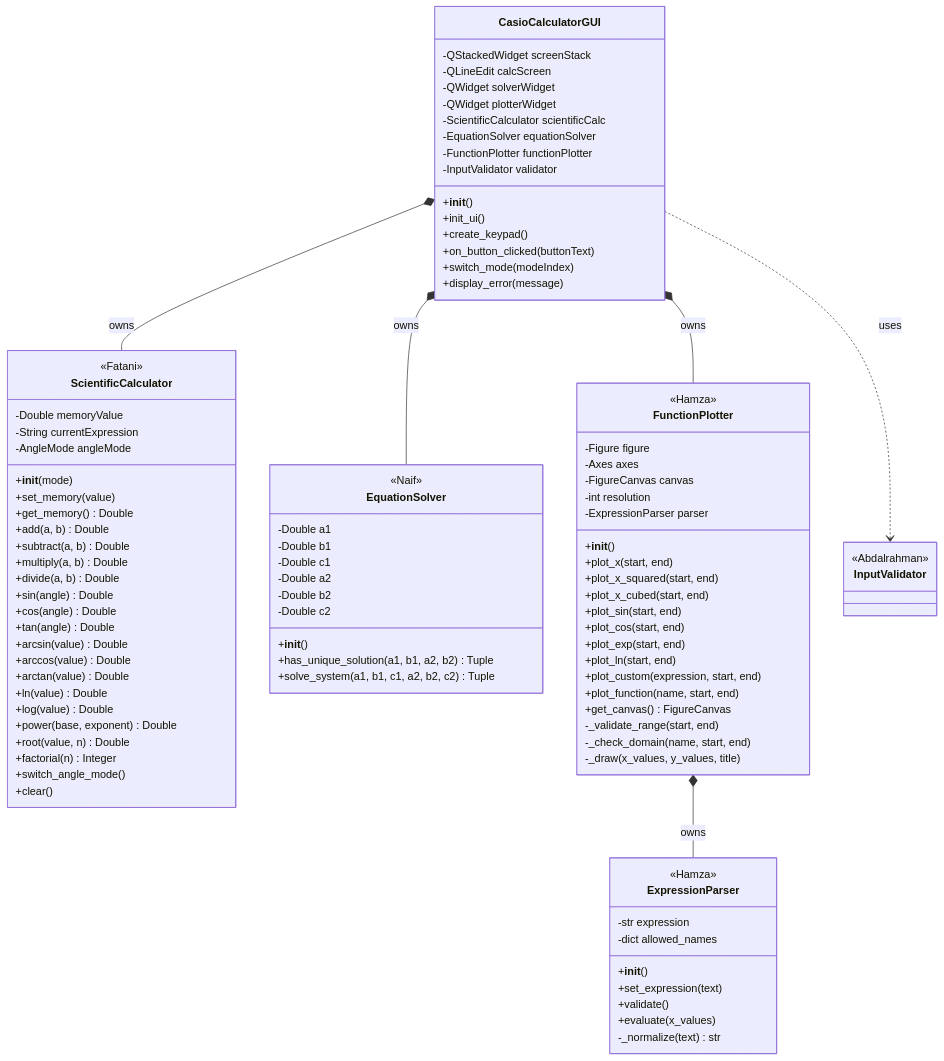
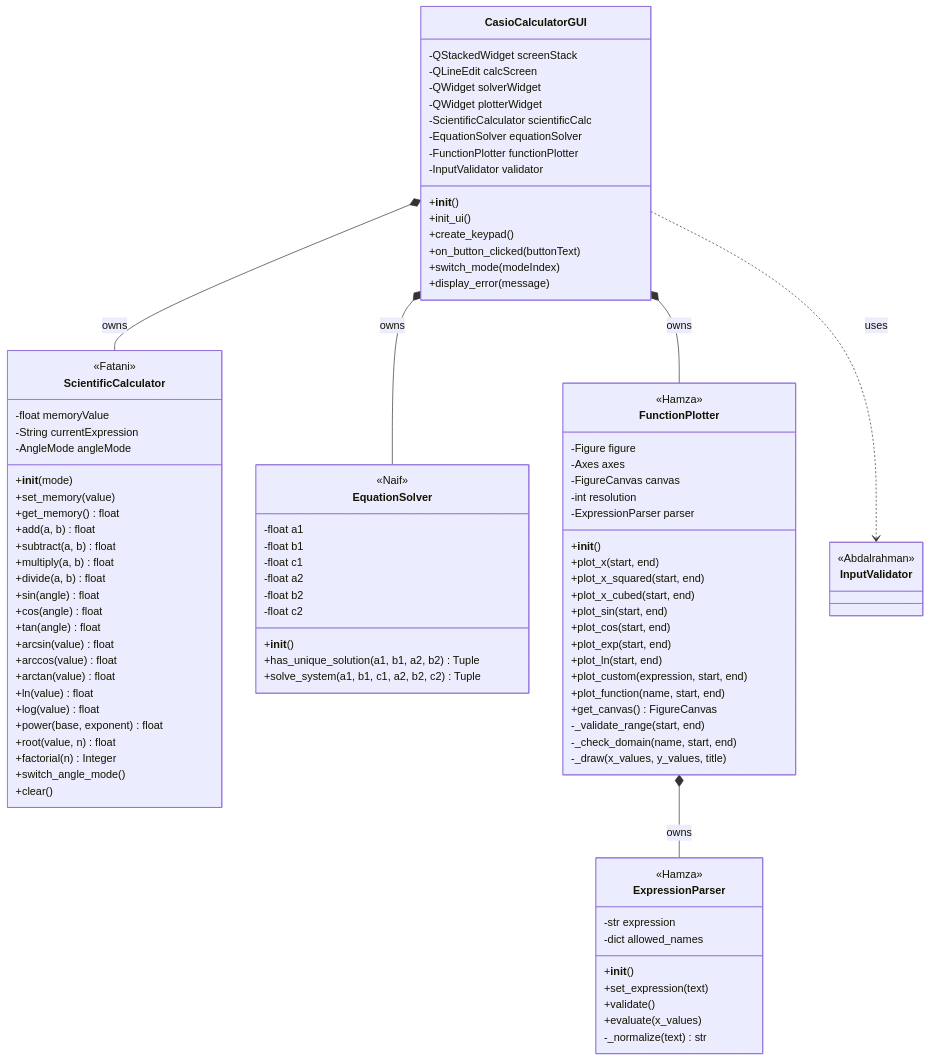
One commit to KAU-EE202-Projects/Scientific-Calculator changed the diagram in docs/UML_v1.md. Above: the diagram before and after it, drawn with Mermaid.

Commit message:
Update data types in ScientificCalculator and EquationSolver
Changed data types from Double to float for memoryValue in ScientificCalculator and coefficients in EquationSolver.

```diff
--- a/docs/UML_v1.md
+++ b/docs/UML_v1.md
@@ -26,26 +26,26 @@
 
 class ScientificCalculator {
     <<Fatani>>
-    -Double memoryValue
+    -float memoryValue
     -String currentExpression
     -AngleMode angleMode
     +__init__(mode)
     +set_memory(value)
-    +get_memory() Double
-    +add(a, b) Double
-    +subtract(a, b) Double
-    +multiply(a, b) Double
-    +divide(a, b) Double
-    +sin(angle) Double
-    +cos(angle) Double
-    +tan(angle) Double
-    +arcsin(value) Double
-    +arccos(value) Double
-    +arctan(value) Double
-    +ln(value) Double
-    +log(value) Double
-    +power(base, exponent) Double
-    +root(value, n) Double
+    +get_memory() float
+    +add(a, b) float
+    +subtract(a, b) float
+    +multiply(a, b) float
+    +divide(a, b) float
+    +sin(angle) float
+    +cos(angle) float
+    +tan(angle) float
+    +arcsin(value) float
+    +arccos(value) float
+    +arctan(value) float
+    +ln(value) float
+    +log(value) float
+    +power(base, exponent) float
+    +root(value, n) float
     +factorial(n) Integer
     +switch_angle_mode()
     +clear()
@@ -53,12 +53,12 @@
 
 class EquationSolver {
     <<Naif>>
-    -Double a1
-    -Double b1
-    -Double c1
-    -Double a2
-    -Double b2
-    -Double c2
+    -float a1
+    -float b1
+    -float c1
+    -float a2
+    -float b2
+    -float c2
     +__init__()
     +has_unique_solution(a1, b1, a2, b2) Tuple
     +solve_system(a1, b1, c1, a2, b2, c2) Tuple
```
